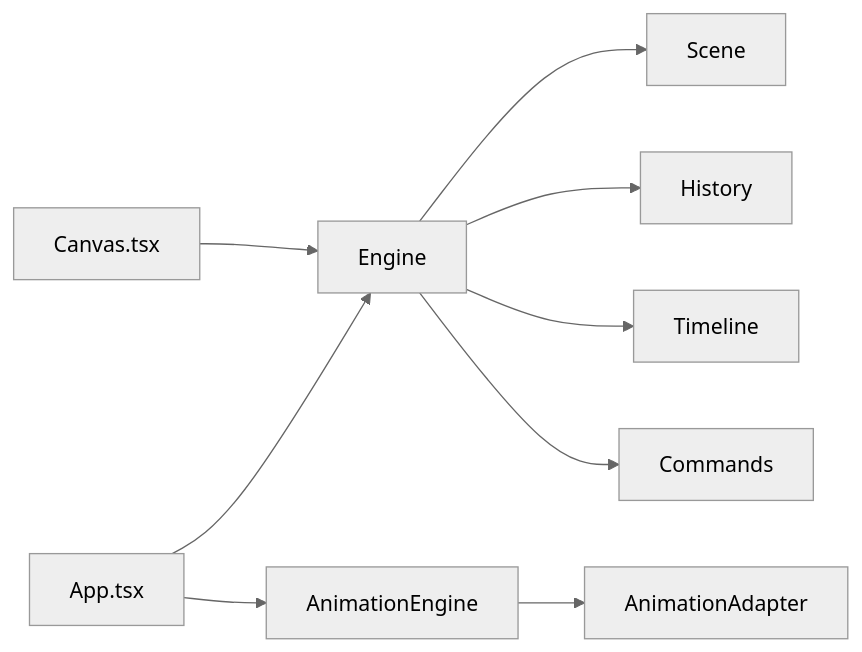
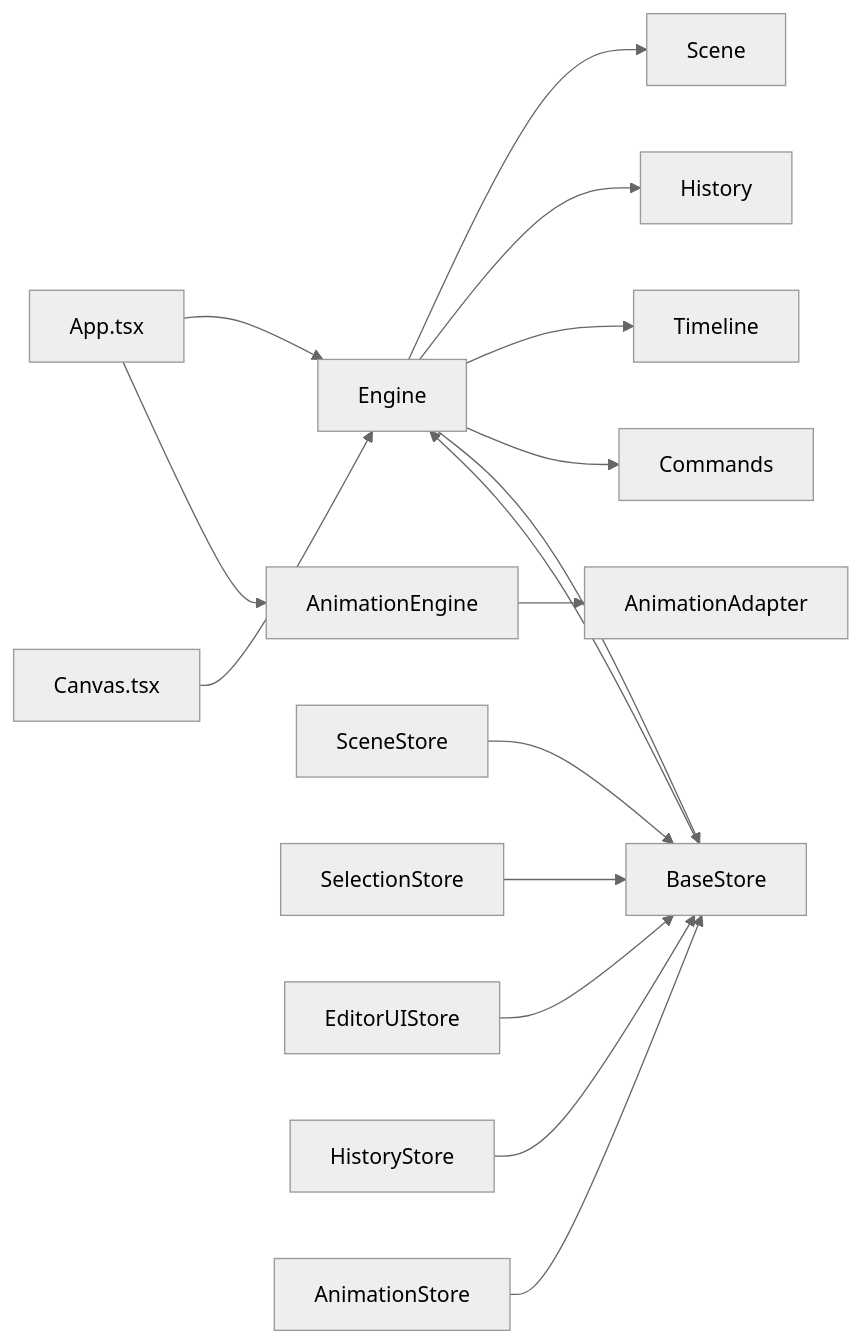
Before and after one commit to Anna0314zy/ai_editor_enginer: the ninth of 9 diagrams in .qoder/repowiki/zh/content/核心架构/数据流.md, drawn with Mermaid (neutral theme). The commit also changed other lines of this file and 17 other files, not shown here.

````diff
--- a/.qoder/repowiki/zh/content/核心架构/数据流.md
+++ b/.qoder/repowiki/zh/content/核心架构/数据流.md
@@ -343,11 +486,18 @@
 ```mermaid
 graph LR
 APP["App.tsx"] --> ENG["Engine"]
 APP --> ANIM["AnimationEngine"]
 CANV["Canvas.tsx"] --> ENG
 ENG --> SCN["Scene"]
 ENG --> HIS["History"]
 ENG --> TLI["Timeline"]
 ENG --> CMD["Commands"]
+BASE["BaseStore"] --> ENG
+ENG --> BASE
+SCNSTORE["SceneStore"] --> BASE
+SELSTORE["SelectionStore"] --> BASE
+UISTORE["EditorUIStore"] --> BASE
+HISSTORE["HistoryStore"] --> BASE
+ANIMSTORE["AnimationStore"] --> BASE
 ANIM --> ADP["AnimationAdapter"]
 ```
````
